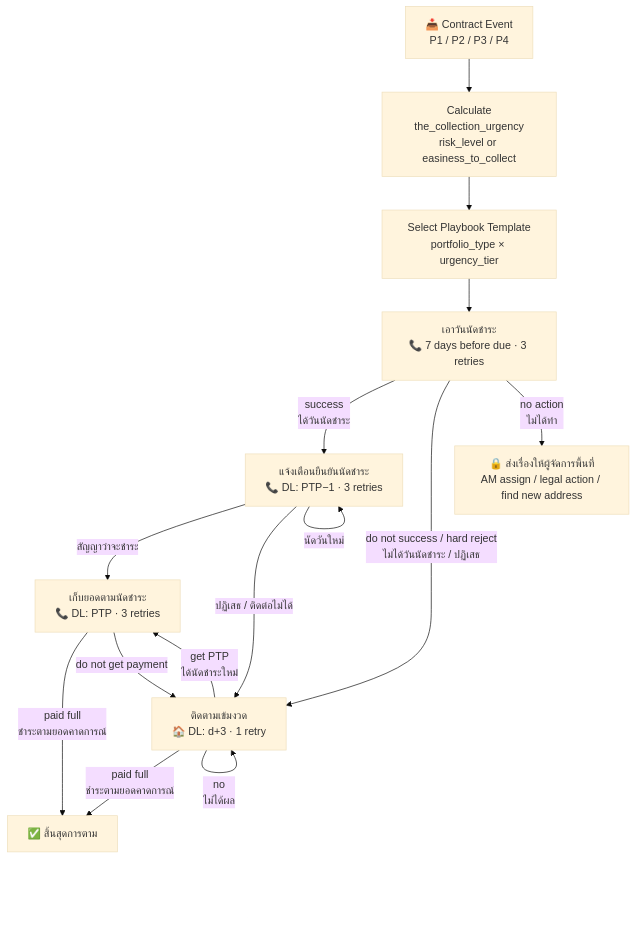
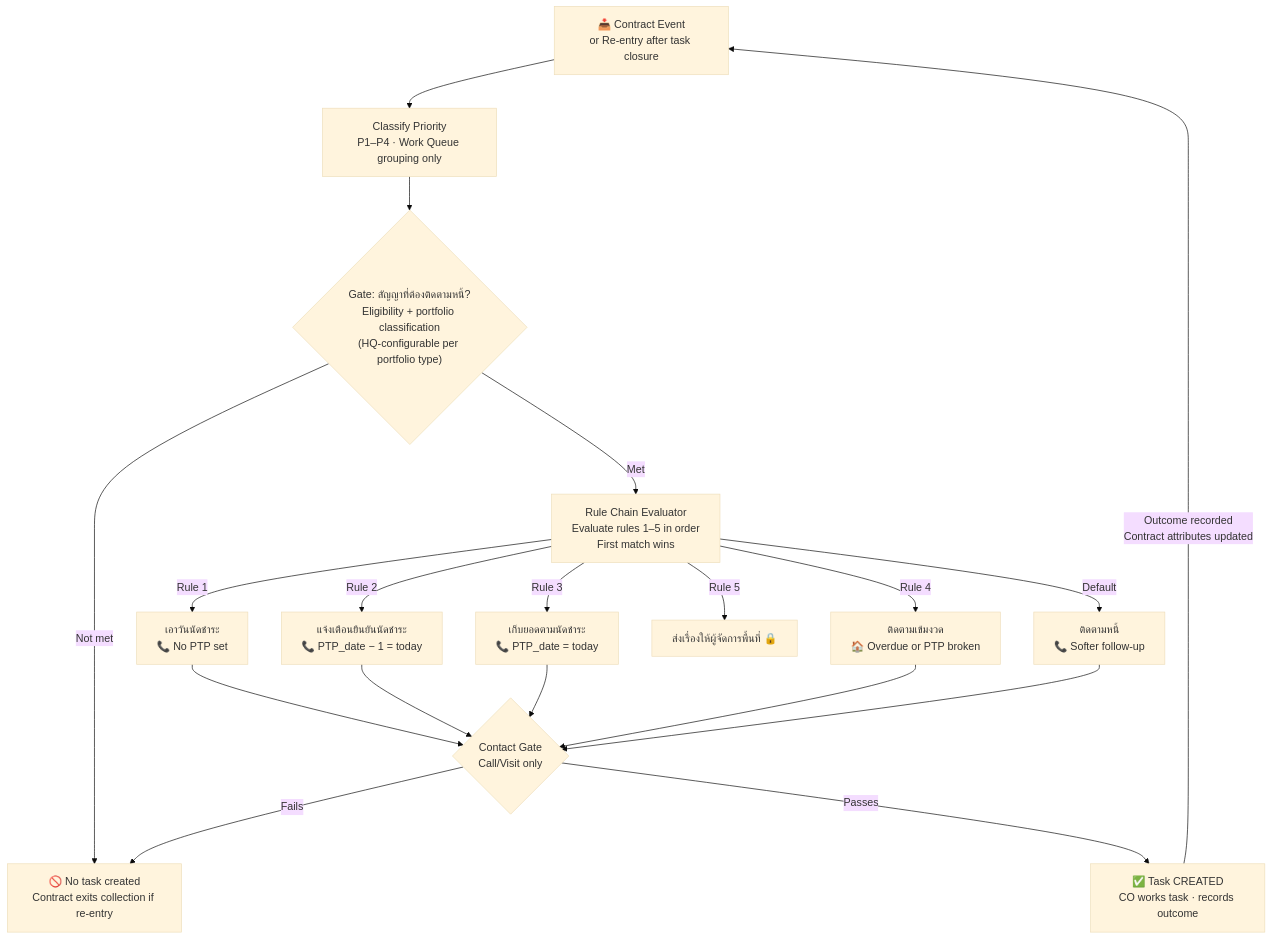
The diagram in product/operations/sensei/capabilities/playbook-engine/CAPABILITY.md (ploypapasaph-commits/to_do_list), drawn with Mermaid (base theme) before and after one commit. The commit also changed other lines of this file and 3 other files, not shown here.

First line of the commit message:
refactor(sensei): merge Template Library into Playbook Engine; simplify domain model

````diff
--- a/product/operations/sensei/capabilities/playbook-engine/CAPABILITY.md
+++ b/product/operations/sensei/capabilities/playbook-engine/CAPABILITY.md
@@ -278,21 +303,21 @@
 ```mermaid
 flowchart TD
-    EVENT[📥 Contract Event\nP1 / P2 / P3 / P4] --> URGENCY[Calculate\nthe_collection_urgency\nrisk_level or easiness_to_collect]
-    URGENCY --> TEMPLATE[Select Playbook Template\nportfolio_type × urgency_tier]
+    EVENT[📥 Contract Event\nor Re-entry after task closure] --> PRIORITY[Classify Priority\nP1–P4 · Work Queue grouping only]
+    PRIORITY --> GATE{"Gate: สัญญาที่ต้องติดตามหนี้?\nEligibility + portfolio classification\n(HQ-configurable per portfolio type)"}
 
-    TEMPLATE --> OBJ1[เอาวันนัดชำระ\n📞 7 days before due · 3 retries]
-    OBJ1 -->|success\nได้วันนัดชำระ| OBJ2[แจ้งเตือนยืนยันนัดชำระ\n📞 DL: PTP−1 · 3 retries]
-    OBJ1 -->|do not success / hard reject\nไม่ได้วันนัดชำระ / ปฏิเสธ| OBJ4[ติดตามเข้มงวด\n🏠 DL: d+3 · 1 retry]
-    OBJ1 -->|no action\nไม่ได้ทำ| ESC[🔒 ส่งเรื่องให้ผู้จัดการพื้นที่\nAM assign / legal action / find new address]
+    GATE -->|Not met| SUPPRESS[🚫 No task created\nContract exits collection if re-entry]
+    GATE -->|Met| RULECHAIN[Rule Chain Evaluator\nEvaluate rules 1–5 in order\nFirst match wins]
 
-    OBJ2 -->|สัญญาว่าจะชำระ| OBJ3[เก็บยอดตามนัดชำระ\n📞 DL: PTP · 3 retries]
-    OBJ2 -->|ปฏิเสธ / ติดต่อไม่ได้| OBJ4
-    OBJ2 -->|นัดวันใหม่| OBJ2
+    RULECHAIN -->|Rule 1| OBJ1[เอาวันนัดชำระ\n📞 No PTP set]
+    RULECHAIN -->|Rule 2| OBJ2[แจ้งเตือนยืนยันนัดชำระ\n📞 PTP_date − 1 = today]
+    RULECHAIN -->|Rule 3| OBJ3[เก็บยอดตามนัดชำระ\n📞 PTP_date = today]
+    RULECHAIN -->|Rule 4| OBJ4[ติดตามเข้มงวด\n🏠 Overdue or PTP broken]
+    RULECHAIN -->|Rule 5| OBJ5[ส่งเรื่องให้ผู้จัดการพื้นที่ 🔒]
+    RULECHAIN -->|Default| DEFT[ติดตามหนี้\n📞 Softer follow-up]
 
-    OBJ3 -->|paid full\nชำระตามยอดคาดการณ์| END_S[✅ สิ้นสุดการตาม]
-    OBJ3 -->|do not get payment| OBJ4
+    OBJ1 & OBJ2 & OBJ3 & OBJ4 & DEFT --> CGATE{"Contact Gate\nCall/Visit only"}
+    CGATE -->|Passes| TASK[✅ Task CREATED\nCO works task · records outcome]
+    CGATE -->|Fails| SUPPRESS
 
-    OBJ4 -->|paid full\nชำระตามยอดคาดการณ์| END_S
-    OBJ4 -->|no\nไม่ได้ผล| OBJ4
-    OBJ4 -->|get PTP\nได้นัดชำระใหม่| OBJ3
+    TASK -->|Outcome recorded\nContract attributes updated| EVENT
 ```
````
